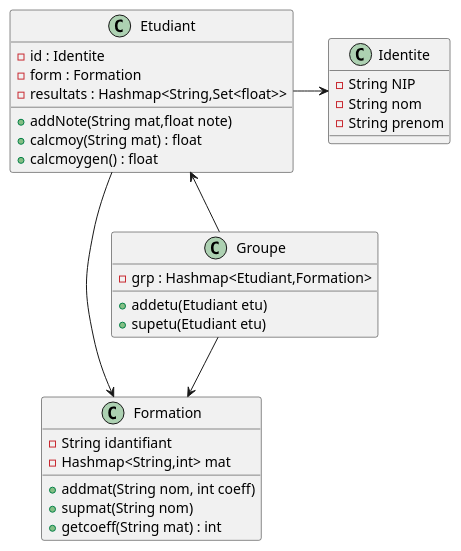
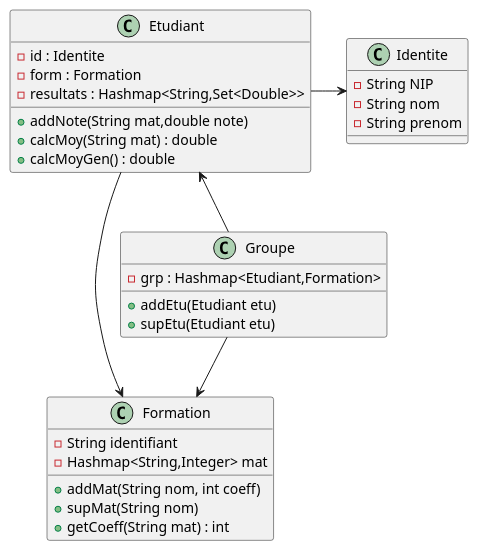
Before and after one commit to LimHounTchenAime/Demarque_LimHounTchen_S3B_Exo3: the diagram in out/production/Demarque_LimHounTchen_S3B_Exo3/DiagClasses.puml, drawn with PlantUML. The commit also changed 4 other files, not shown here.

```diff
--- a/out/production/Demarque_LimHounTchen_S3B_Exo3/DiagClasses.puml
+++ b/out/production/Demarque_LimHounTchen_S3B_Exo3/DiagClasses.puml
@@ -1,39 +1,39 @@
 @startuml
 'https://plantuml.com/class-diagram
 
 class Etudiant{
     - id : Identite
     - form : Formation
-    - resultats : Hashmap<String,Set<float>>
-    + addNote(String mat,float note)
-    + calcmoy(String mat) : float
-    + calcmoygen() : float
+    - resultats : Hashmap<String,Set<Double>>
+    + addNote(String mat,double note)
+    + calcMoy(String mat) : double
+    + calcMoyGen() : double
 }
 
 class Identite{
     - String NIP
     - String nom
     - String prenom
 }
 
 class Formation{
-    - String idantifiant
-    - Hashmap<String,int> mat
-    + addmat(String nom, int coeff)
-    + supmat(String nom)
-    + getcoeff(String mat) : int
+    - String identifiant
+    - Hashmap<String,Integer> mat
+    + addMat(String nom, int coeff)
+    + supMat(String nom)
+    + getCoeff(String mat) : int
 }
 
 class Groupe{
     - grp : Hashmap<Etudiant,Formation>
-    + addetu(Etudiant etu)
-    + supetu(Etudiant etu)
+    + addEtu(Etudiant etu)
+    + supEtu(Etudiant etu)
 }
 
 Groupe -up-> Etudiant
 Groupe -down-> Formation
 Etudiant -> Formation
 Etudiant -> Identite
 
 
 @enduml
```
